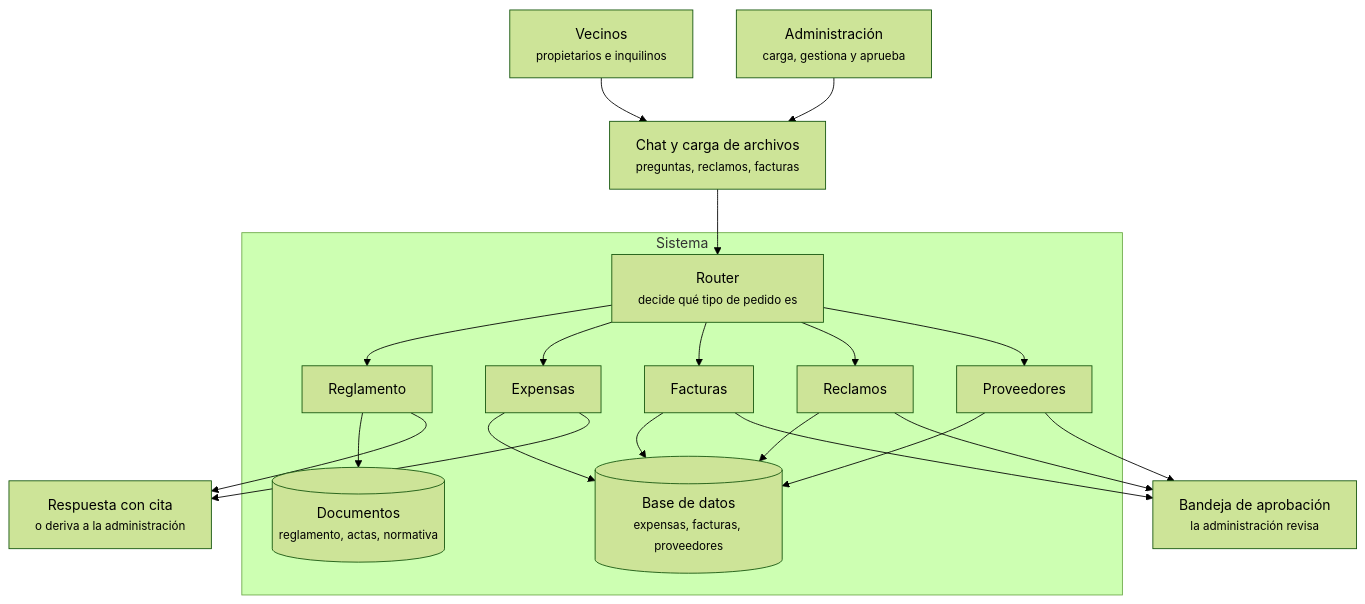
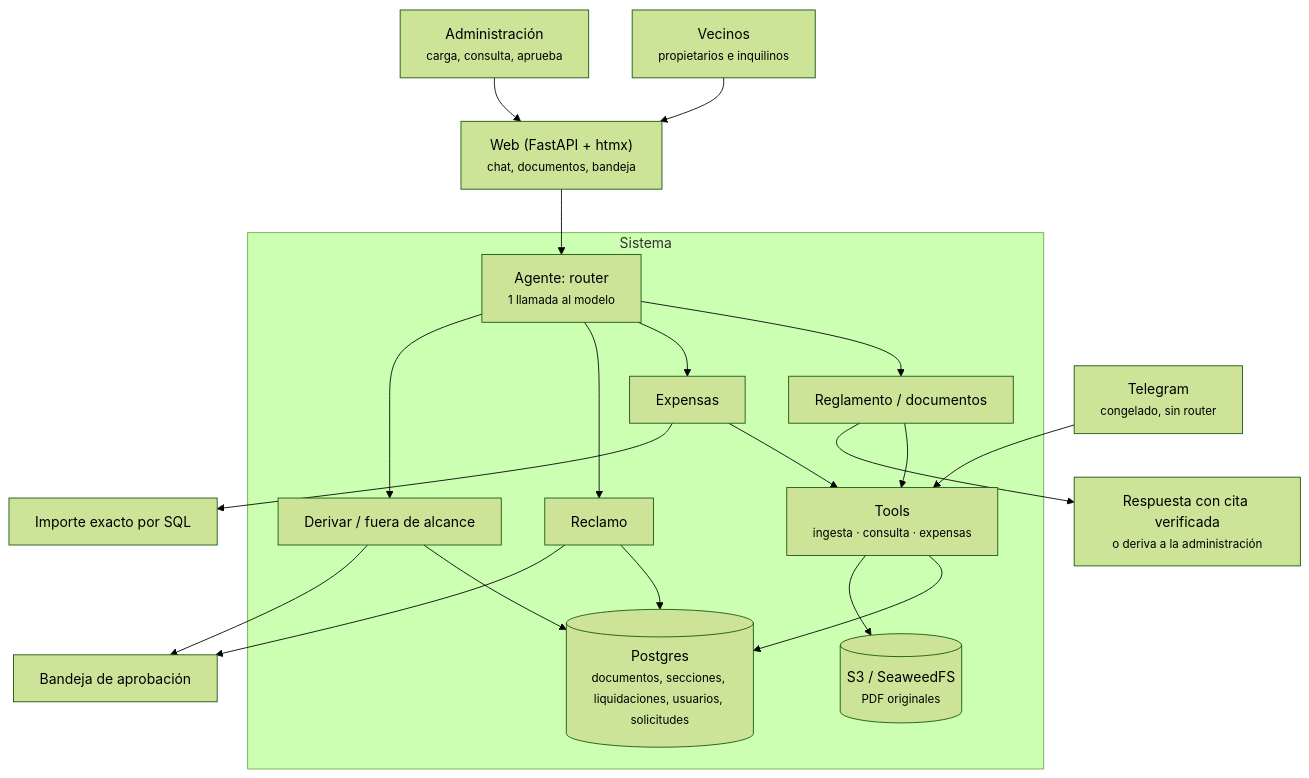
The diagram in README.md (lucaschicco/IAA), drawn with Mermaid (forest theme) before and after one commit. The commit also changed other lines of this file and 2 other files, not shown here.

````diff
--- a/README.md
+++ b/README.md
@@ -9,28 +32,29 @@
 ```mermaid
 flowchart TD
-    V["Vecinos<br/><small>propietarios e inquilinos</small>"] --> C
-    A["Administración<br/><small>carga, gestiona y aprueba</small>"] --> C
-    C["Chat y carga de archivos<br/><small>preguntas, reclamos, facturas</small>"] --> R
+    V["Vecinos<br/><small>propietarios e inquilinos</small>"] --> W
+    A["Administración<br/><small>carga, consulta, aprueba</small>"] --> W
+    W["Web (FastAPI + htmx)<br/><small>chat, documentos, bandeja</small>"] --> AG
+    T["Telegram<br/><small>congelado, sin router</small>"] --> TO
 
     subgraph S[Sistema]
-        R["Router<br/><small>decide qué tipo de pedido es</small>"]
-        R --> F1[Reglamento]
-        R --> F2[Expensas]
-        R --> F3[Facturas]
-        R --> F4[Reclamos]
-        R --> F5[Proveedores]
-        D1[("Documentos<br/><small>reglamento, actas, normativa</small>")]
-        D2[("Base de datos<br/><small>expensas, facturas, proveedores</small>")]
-        F1 --> D1
-        F2 --> D2
-        F3 --> D2
-        F4 --> D2
-        F5 --> D2
+        AG["Agente: router<br/><small>1 llamada al modelo</small>"]
+        AG --> F1[Reglamento / documentos]
+        AG --> F2[Expensas]
+        AG --> F3[Reclamo]
+        AG --> F4[Derivar / fuera de alcance]
+        TO["Tools<br/><small>ingesta · consulta · expensas</small>"]
+        F1 --> TO
+        F2 --> TO
+        PG[("Postgres<br/><small>documentos, secciones, liquidaciones, usuarios, solicitudes</small>")]
+        S3[("S3 / SeaweedFS<br/><small>PDF originales</small>")]
+        TO --> PG
+        TO --> S3
+        F3 --> PG
+        F4 --> PG
     end
 
-    F1 --> O1["Respuesta con cita<br/><small>o deriva a la administración</small>"]
-    F2 --> O1
-    F3 --> O2["Bandeja de aprobación<br/><small>la administración revisa</small>"]
-    F4 --> O2
-    F5 --> O2
+    F1 --> O1["Respuesta con cita verificada<br/><small>o deriva a la administración</small>"]
+    F2 --> O2["Importe exacto por SQL"]
+    F3 --> O3["Bandeja de aprobación"]
+    F4 --> O3
 ```
````
